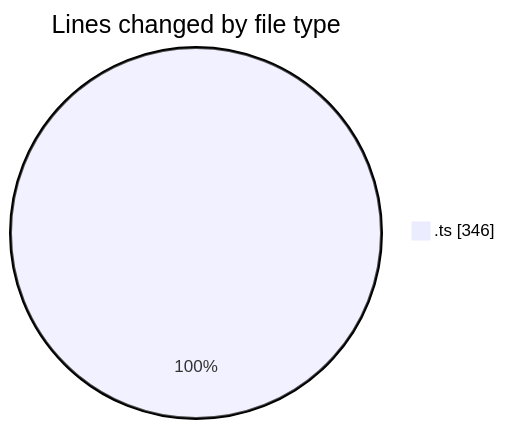
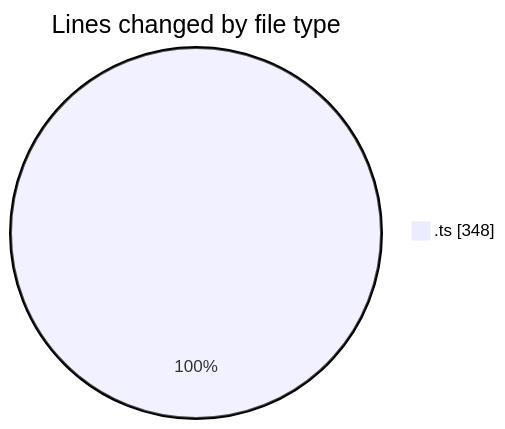
The first of 2 diagrams in 2025-09-09/cda/README.md (momahboobian/code-tracking), drawn with Mermaid before and after one commit. The commit also changed other lines of this file and 1 other file, not shown here.

````diff
--- a/2025-09-09/cda/README.md
+++ b/2025-09-09/cda/README.md
@@ -20,5 +20,5 @@
 ```mermaid
 pie showData
 title Lines changed by file type
-".ts" : 346
+".ts" : 348
 ```
````
